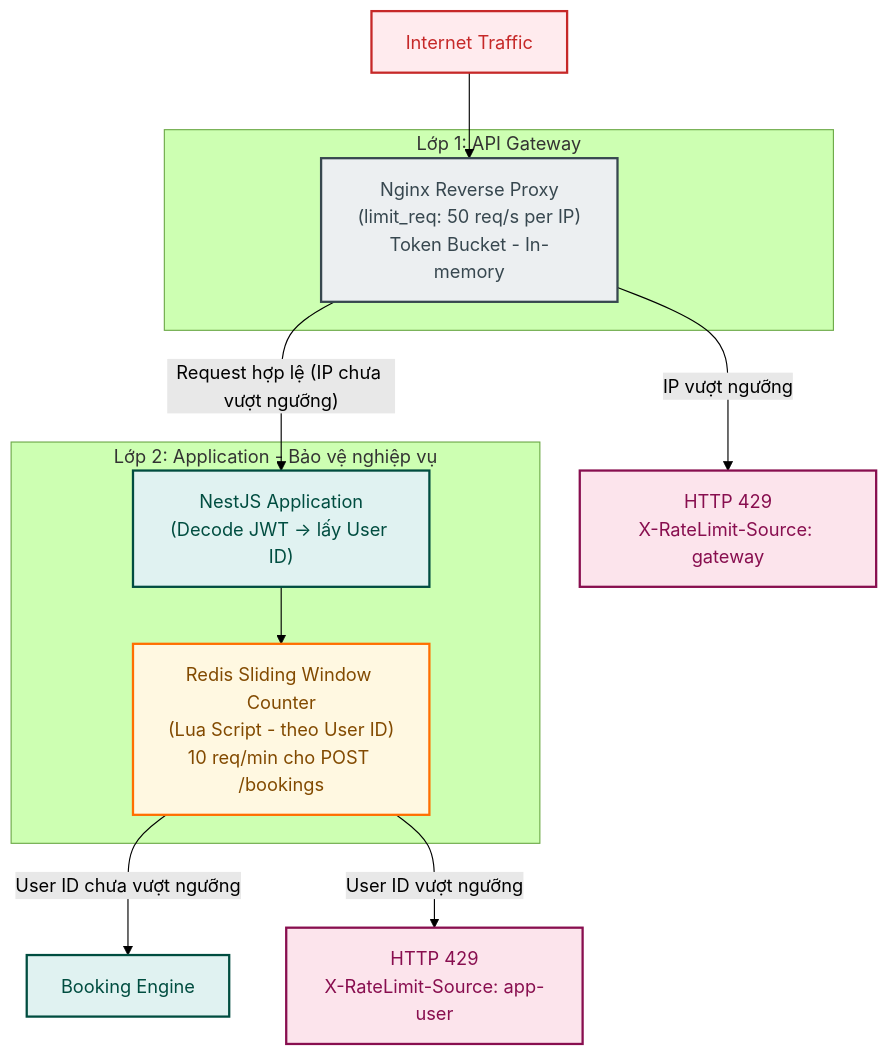
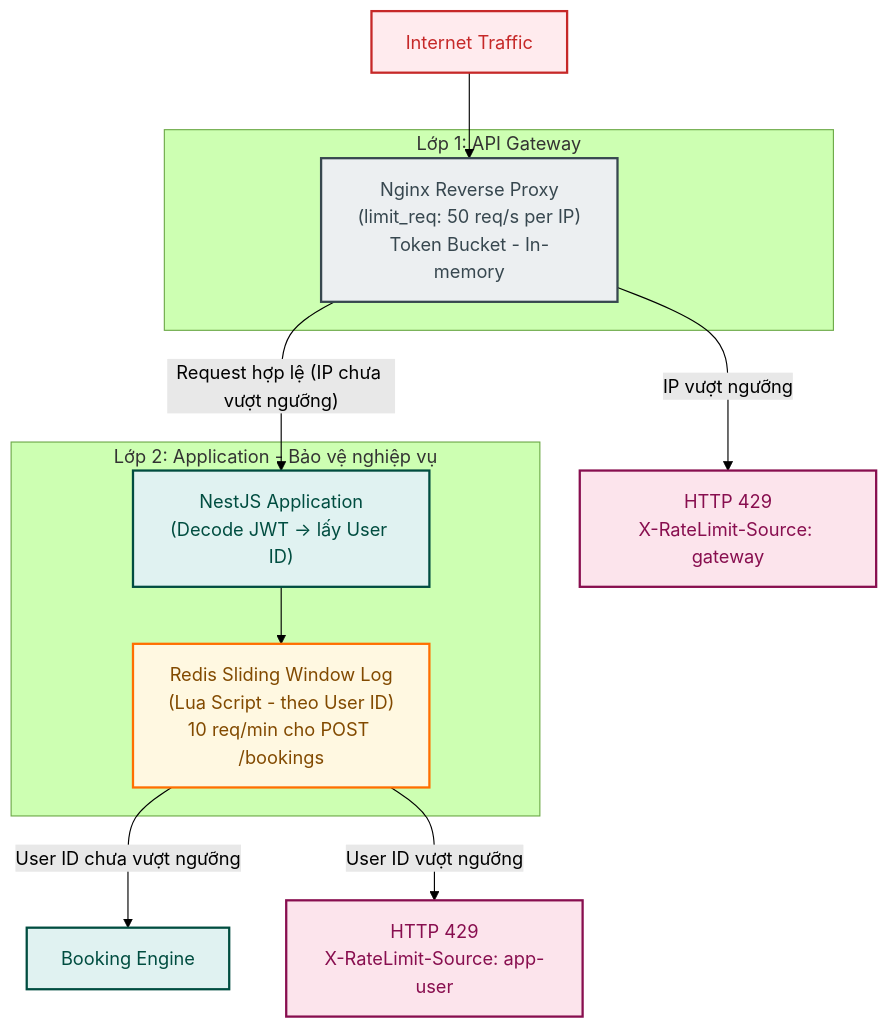
The sixth of 15 diagrams in docs/blueprint/design.md (thuytranj/TicketBox), drawn with Mermaid (forest theme) before and after one commit. The commit also changed other lines of this file and 2 other files, not shown here.

````diff
--- a/docs/blueprint/design.md
+++ b/docs/blueprint/design.md
@@ -944,27 +1029,27 @@
 ```mermaid
 flowchart TD
     classDef internet fill:#ffebee,stroke:#c62828,stroke-width:2px,color:#c62828;
     classDef gateway fill:#eceff1,stroke:#37474f,stroke-width:2px,color:#37474f;
     classDef app fill:#e0f2f1,stroke:#004d40,stroke-width:2px,color:#004d40;
     classDef db fill:#fff8e1,stroke:#ff6f00,stroke-width:2px,color:#824a00;
     classDef reject fill:#fce4ec,stroke:#880e4f,stroke-width:2px,color:#880e4f;
 
     Internet["Internet Traffic"]:::internet
     Internet --> Nginx
 
     subgraph Layer1["Lớp 1: API Gateway"]
         Nginx["Nginx Reverse Proxy<br/>(limit_req: 50 req/s per IP)<br/>Token Bucket - In-memory"]:::gateway
     end
 
     Nginx -->|"Request hợp lệ (IP chưa vượt ngưỡng)"| NestJS
     Nginx -->|"IP vượt ngưỡng"| Reject1["HTTP 429<br/>X-RateLimit-Source: gateway"]:::reject
 
     subgraph Layer2["Lớp 2: Application - Bảo vệ nghiệp vụ"]
         NestJS["NestJS Application<br/>(Decode JWT -> lấy User ID)"]:::app
-        SlidingWindow["Redis Sliding Window Counter<br/>(Lua Script - theo User ID)<br/>10 req/min cho POST /bookings"]:::db
+        SlidingWindow["Redis Sliding Window Log<br/>(Lua Script - theo User ID)<br/>10 req/min cho POST /bookings"]:::db
     end
 
     NestJS --> SlidingWindow
     SlidingWindow -->|"User ID chưa vượt ngưỡng"| BookingEngine["Booking Engine"]:::app
     SlidingWindow -->|"User ID vượt ngưỡng"| Reject2["HTTP 429<br/>X-RateLimit-Source: app-user"]:::reject
 ```
````
